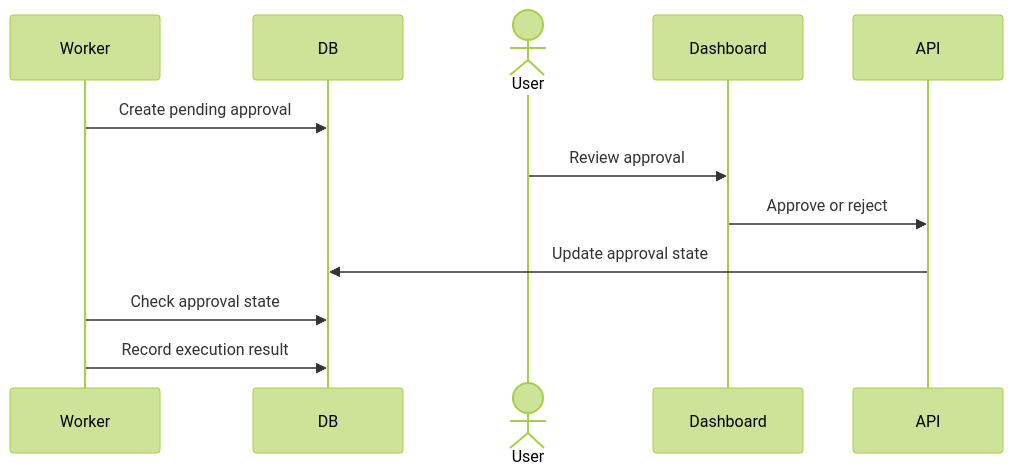
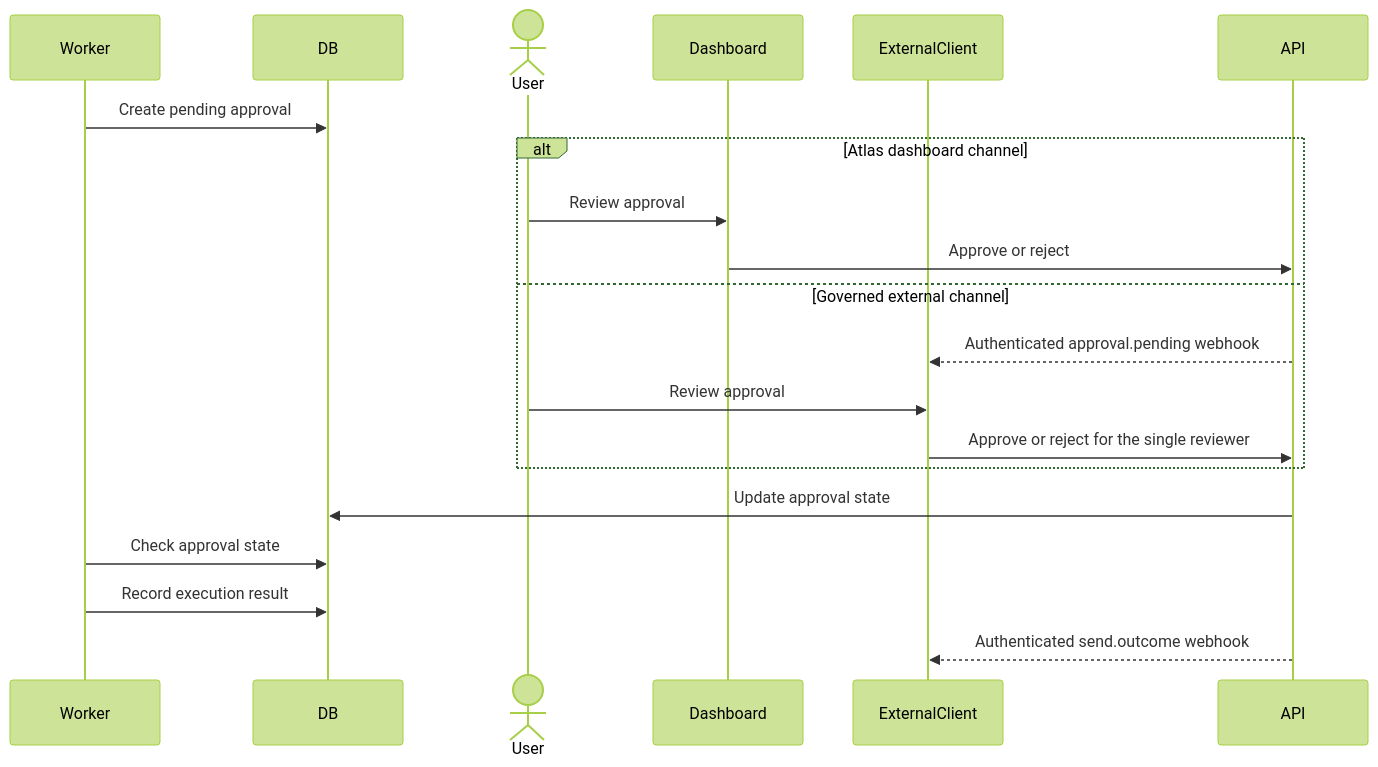
The fourth of 4 diagrams in docs/architecture/04-container-architecture.md (vasudevap/agent-control-center), drawn with Mermaid (forest theme) before and after one commit. The commit also changed other lines of this file and 17 other files, not shown here.

Commit message:
Define governed external product client contract

````diff
--- a/docs/architecture/04-container-architecture.md
+++ b/docs/architecture/04-container-architecture.md
@@ -702,15 +771,23 @@
 ```mermaid
 sequenceDiagram
     participant Worker
     participant DB
     actor User
     participant Dashboard
+    participant ExternalClient
     participant API
 
     Worker->>DB: Create pending approval
-    User->>Dashboard: Review approval
-    Dashboard->>API: Approve or reject
+    alt Atlas dashboard channel
+        User->>Dashboard: Review approval
+        Dashboard->>API: Approve or reject
+    else Governed external channel
+        API-->>ExternalClient: Authenticated approval.pending webhook
+        User->>ExternalClient: Review approval
+        ExternalClient->>API: Approve or reject for the single reviewer
+    end
     API->>DB: Update approval state
     Worker->>DB: Check approval state
     Worker->>DB: Record execution result
+    API-->>ExternalClient: Authenticated send.outcome webhook
 ```
````
